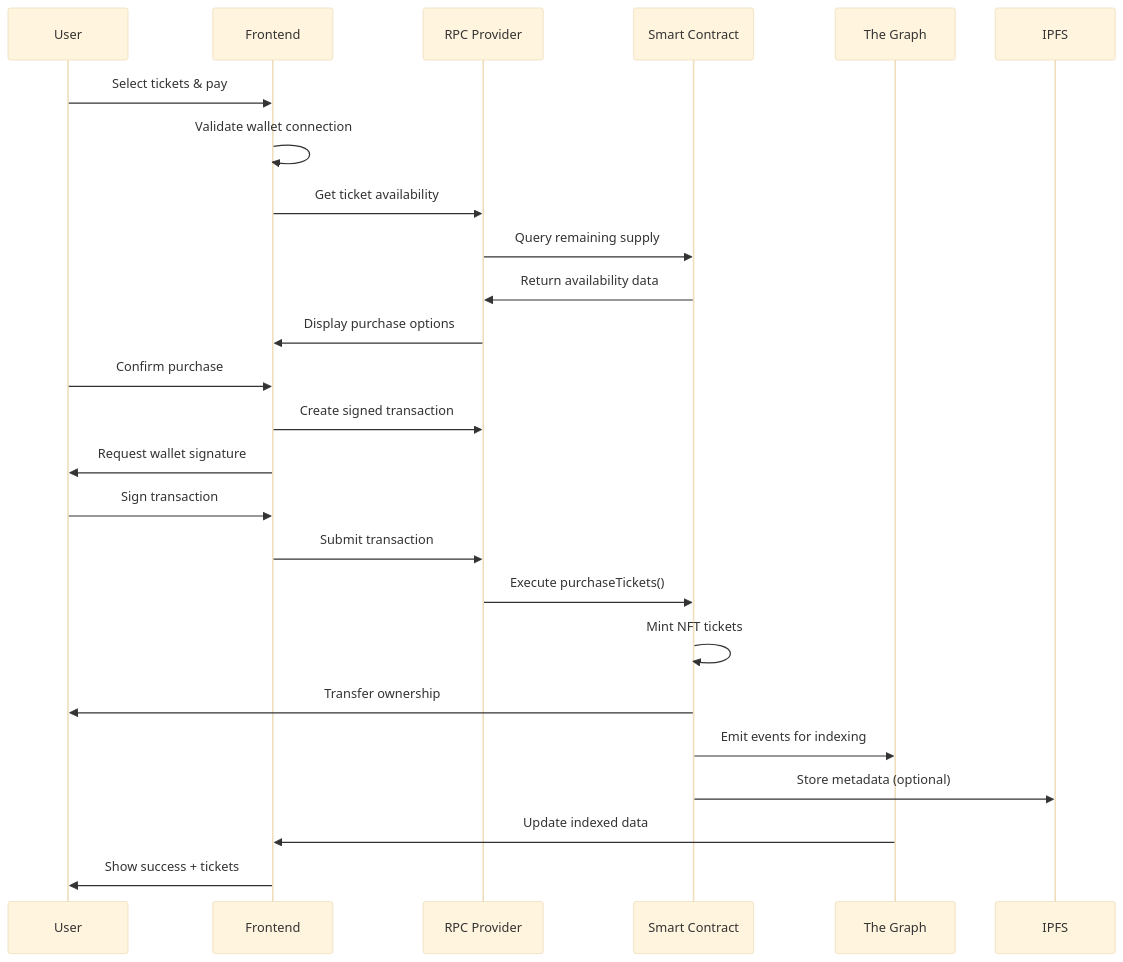
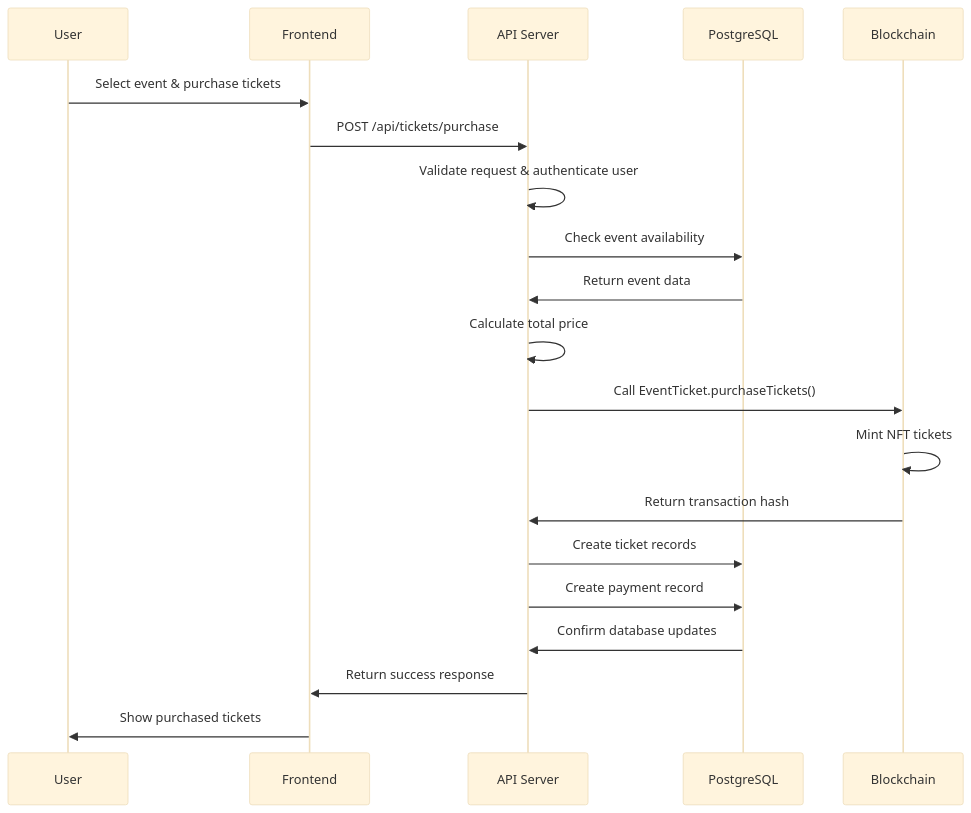
One commit to Emertechs-Labs/e-chain changed the fourth of 7 diagrams in docs/architecture/README.md. Above: the diagram before and after it, drawn with Mermaid (base theme). The commit also changed other lines of this file and 36 other files, not shown here.

````diff
--- a/docs/architecture/README.md
+++ b/docs/architecture/README.md
@@ -583,29 +698,24 @@
 ```mermaid
 sequenceDiagram
     participant U as User
     participant F as Frontend
-    participant R as RPC Provider
-    participant C as Smart Contract
-    participant I as The Graph
-    participant P as IPFS
+    participant A as API Server
+    participant D as PostgreSQL
+    participant B as Blockchain
 
-    U->>F: Select tickets & pay
-    F->>F: Validate wallet connection
-    F->>R: Get ticket availability
-    R->>C: Query remaining supply
-    C->>R: Return availability data
-    R->>F: Display purchase options
+    U->>F: Select event & purchase tickets
+    F->>A: POST /api/tickets/purchase
+    A->>A: Validate request & authenticate user
+    A->>D: Check event availability
+    D->>A: Return event data
+    A->>A: Calculate total price
 
-    U->>F: Confirm purchase
-    F->>R: Create signed transaction
-    F->>U: Request wallet signature
-    U->>F: Sign transaction
-    F->>R: Submit transaction
-    R->>C: Execute purchaseTickets()
-    C->>C: Mint NFT tickets
-    C->>U: Transfer ownership
-    C->>I: Emit events for indexing
-    C->>P: Store metadata (optional)
-    I->>F: Update indexed data
-    F->>U: Show success + tickets
+    A->>B: Call EventTicket.purchaseTickets()
+    B->>B: Mint NFT tickets
+    B->>A: Return transaction hash
+    A->>D: Create ticket records
+    A->>D: Create payment record
+    D->>A: Confirm database updates
+    A->>F: Return success response
+    F->>U: Show purchased tickets
 ```
````
